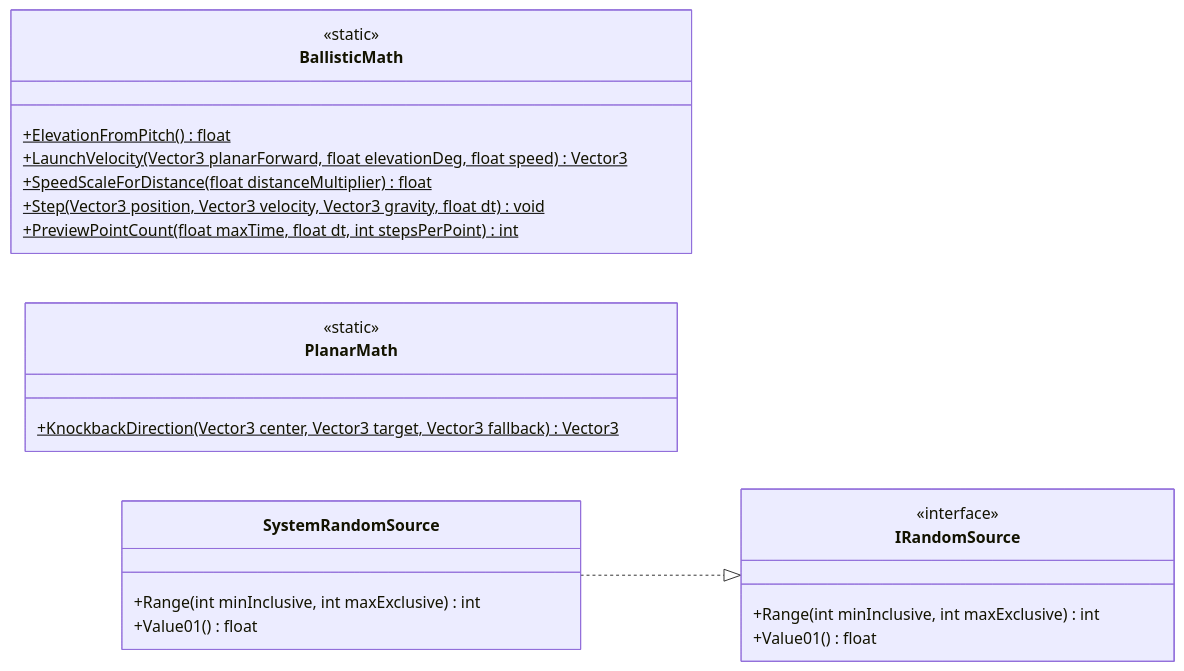
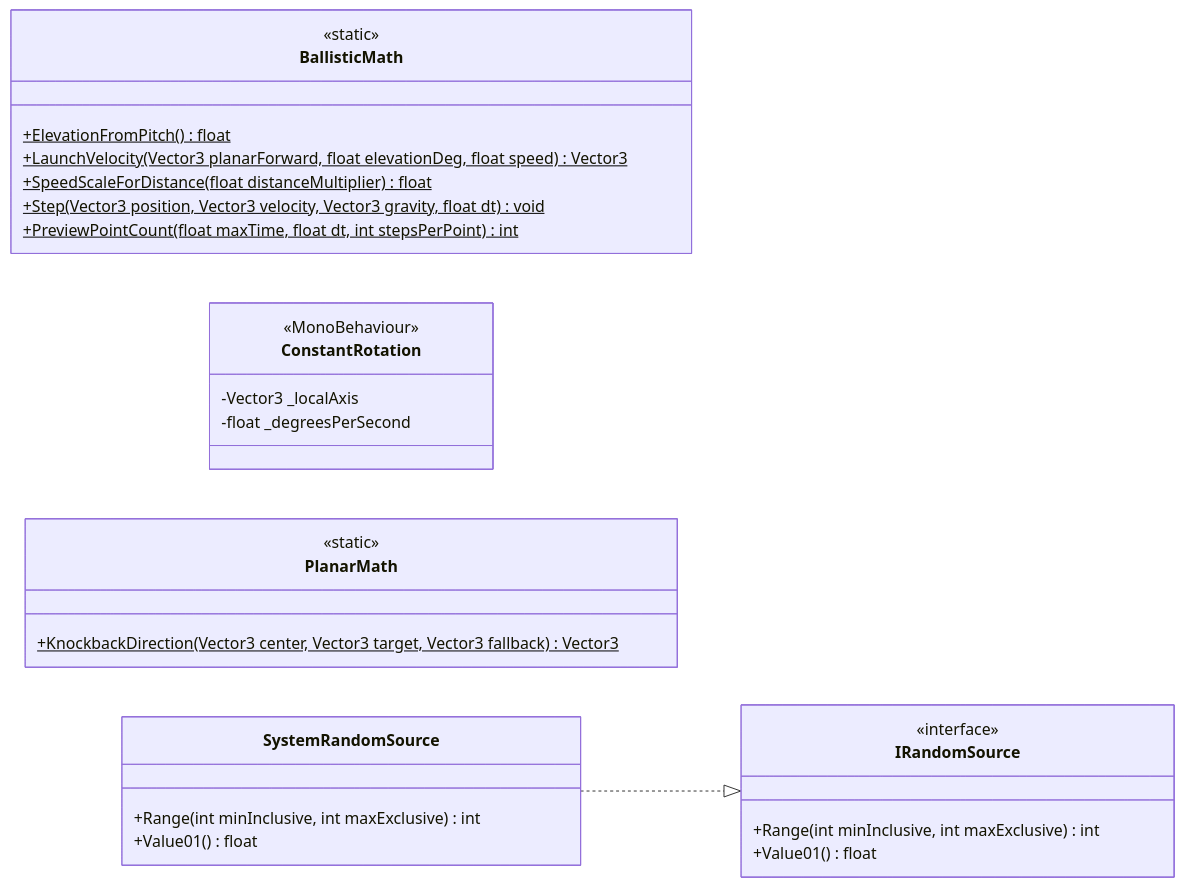
The diagram in Docs/Arquitectura/Modulos/Modulo Utilities.md (Chacashi/Alien-Farms), drawn with Mermaid before and after one commit. The commit also changed other lines of this file and 257 other files, not shown here.

````diff
--- a/Docs/Arquitectura/Modulos/Modulo Utilities.md
+++ b/Docs/Arquitectura/Modulos/Modulo Utilities.md
@@ -11,27 +11,32 @@
 ```mermaid
 classDiagram
   direction LR
   class BallisticMath {
     <<static>>
     +ElevationFromPitch()$ float
     +LaunchVelocity(Vector3 planarForward, float elevationDeg, float speed)$ Vector3
     +SpeedScaleForDistance(float distanceMultiplier)$ float
     +Step(Vector3 position, Vector3 velocity, Vector3 gravity, float dt)$ void
     +PreviewPointCount(float maxTime, float dt, int stepsPerPoint)$ int
+  }
+  class ConstantRotation {
+    <<MonoBehaviour>>
+    -Vector3 _localAxis
+    -float _degreesPerSecond
   }
   class IRandomSource {
     <<interface>>
     +Range(int minInclusive, int maxExclusive) int
     +Value01() float
   }
   class PlanarMath {
     <<static>>
     +KnockbackDirection(Vector3 center, Vector3 target, Vector3 fallback)$ Vector3
   }
   class SystemRandomSource {
     +Range(int minInclusive, int maxExclusive) int
     +Value01() float
   }
   SystemRandomSource ..|> IRandomSource
   classDef external fill:#eee,stroke:#999,stroke-dasharray: 4 3,color:#555
 ```
````
